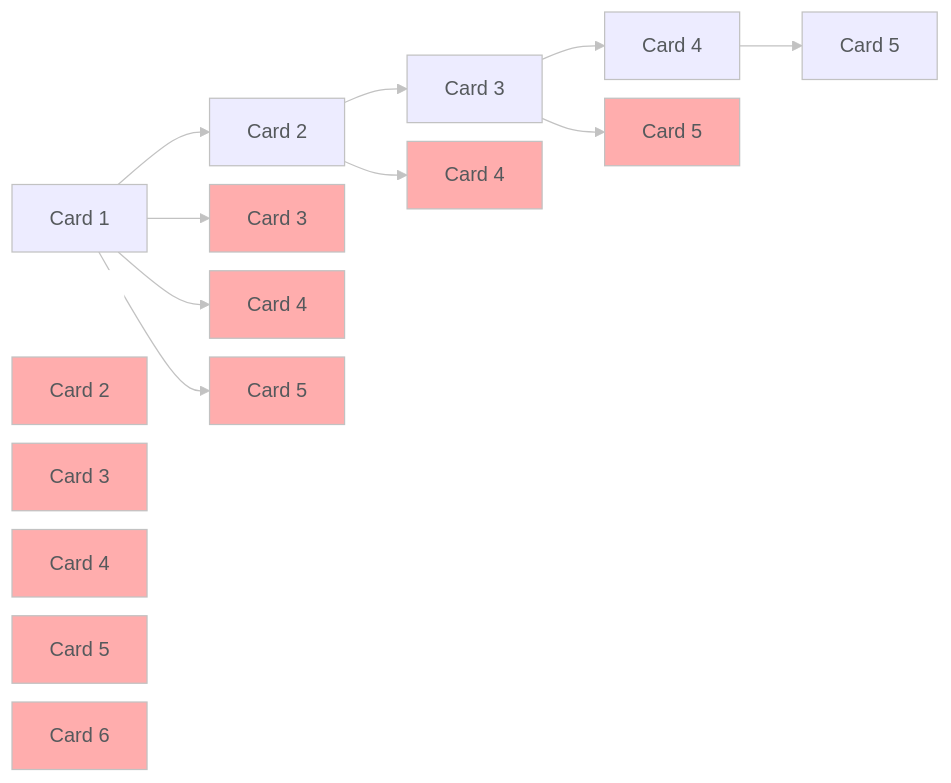
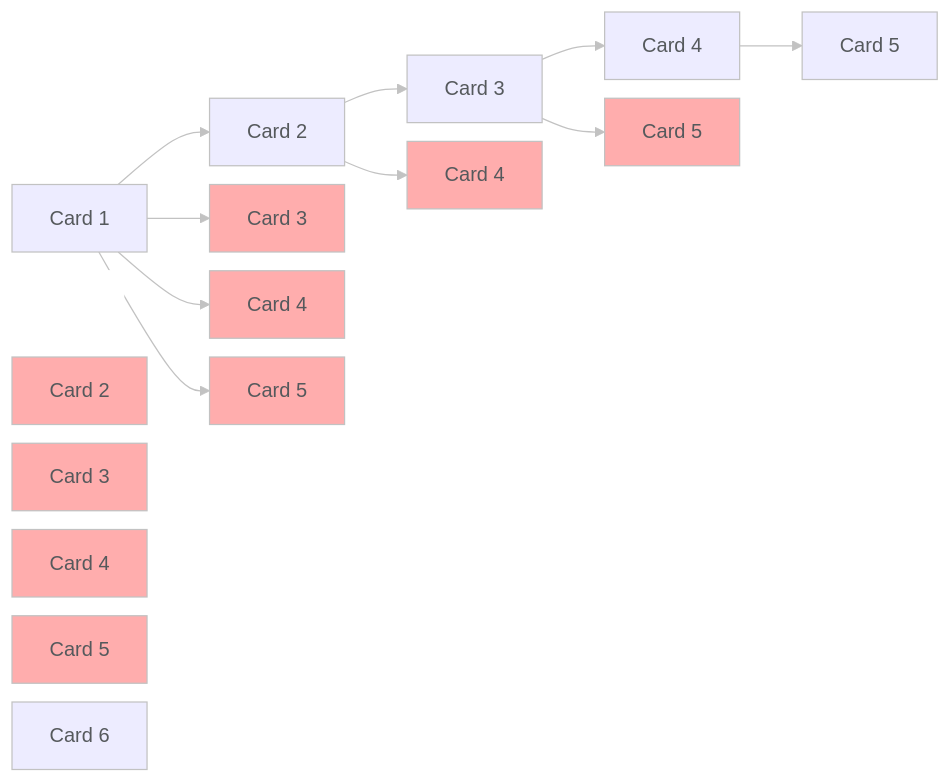
One commit to pf981/pf981.github.io changed the second of 2 diagrams in posts/2023/04/2023-04.qmd. Above: the diagram before and after it, drawn with Mermaid. The commit also changed other lines of this file, not shown here.

````diff
--- a/posts/2023/04/2023-04.qmd
+++ b/posts/2023/04/2023-04.qmd
@@ -311,43 +314,43 @@
 ```{mermaid}
 %%{
   init: {
     'theme': 'base',
     'themeVariables': {
       'primaryColor': '#55595c',
       'primaryTextColor': '#55595c',
       'primaryBorderColor': '#C2C2C2',
       'lineColor': '#C2C2C2',
       'secondaryColor': '#C2C2C2',
       'tertiaryColor': '#fff',
       'background': '#FFFFFF',
       'mainBkg': '#FFFFFF',
       'clusterBkg': '#ededed',
       'fontFamily': 'Nunito Sans'
     },
     'flowchart': {
       'nodeSpacing': 15,
       'rankSpacing': 50
     }
   }
 }%%
 flowchart LR
   A[Card 1] --> A1[Card 2]
   A[Card 1] --> A2[Card 3]:::cached
   A[Card 1] --> A3[Card 4]:::cached
   A[Card 1] --> A4[Card 5]:::cached
   A1 --> A11[Card 3]
   A1 --> A12[Card 4]:::cached
   A11 --> A111[Card 4]
   A11 --> A112[Card 5]:::cached
   A111[Card 4] --> A1111[Card 5]
 
   X:::space
   B[Card 2]:::cached
   C[Card 3]:::cached  
   D[Card 4]:::cached
   E[Card 5]:::cached
-  F[Card 6]:::cached
+  F[Card 6]
   classDef default fill:#EDECFF
   classDef cached fill:#FFADAD
   classDef space fill:white,color:white,stroke:white
 ```
````
